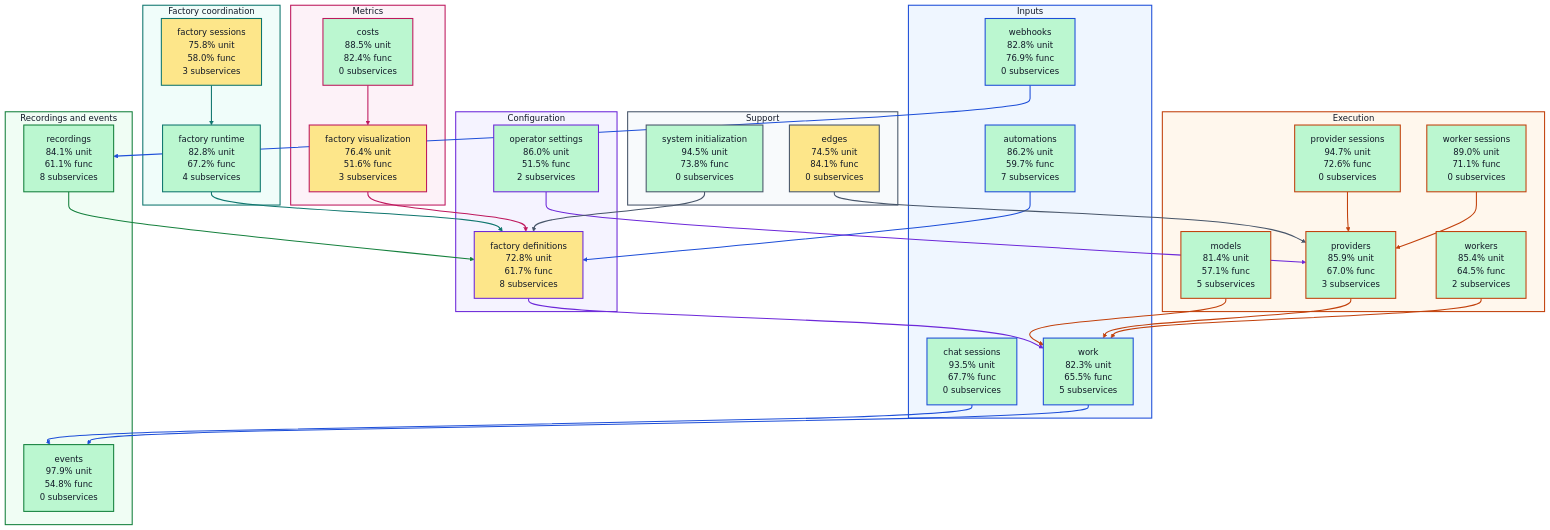
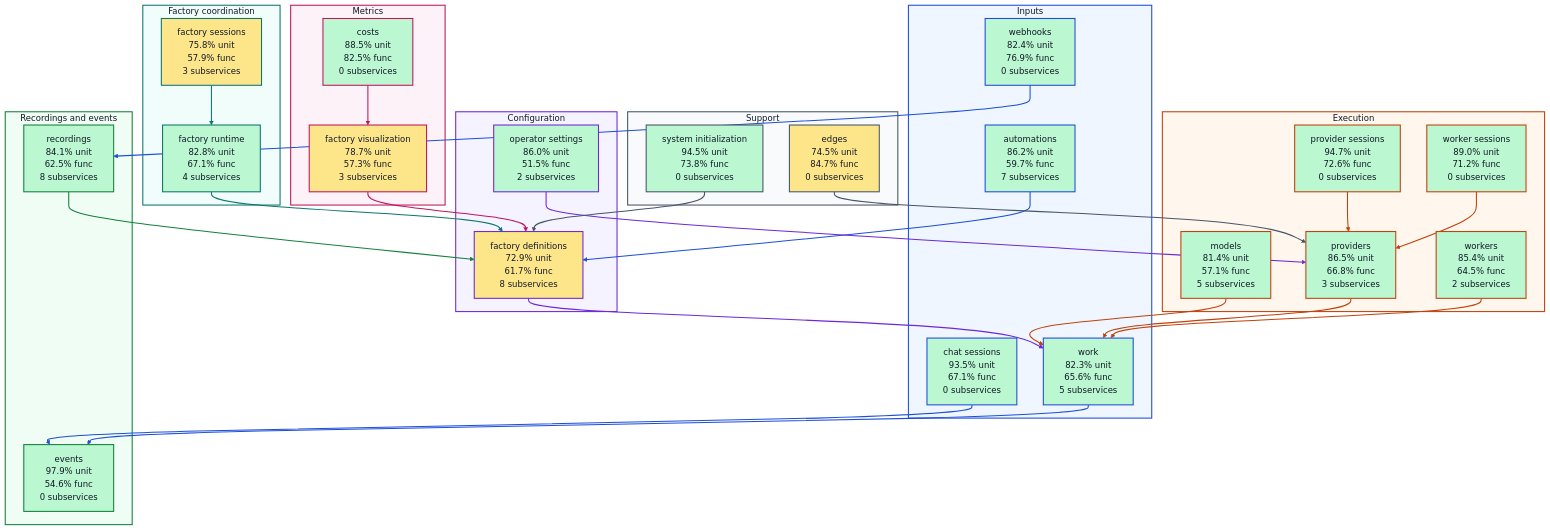
The diagram in docs/architecture/visualizations/high-level-test-coverage.md (portpowered/you-agent-factory), drawn with Mermaid before and after one commit. The commit also changed other lines of this file and 20 other files, not shown here.

Commit message:
docs: refresh backend architecture visualizations

```diff
--- a/docs/architecture/visualizations/high-level-test-coverage.md
+++ b/docs/architecture/visualizations/high-level-test-coverage.md
@@ -12,35 +12,35 @@
 flowchart TB
   subgraph input["Inputs"]
     s_services_automations["automations<br/>86.2% unit<br/>59.7% func<br/>7 subservices"]
-    s_services_chat_sessions["chat sessions<br/>93.5% unit<br/>67.7% func<br/>0 subservices"]
-    s_services_webhooks["webhooks<br/>82.8% unit<br/>76.9% func<br/>0 subservices"]
-    s_services_work["work<br/>82.3% unit<br/>65.5% func<br/>5 subservices"]
+    s_services_chat_sessions["chat sessions<br/>93.5% unit<br/>67.1% func<br/>0 subservices"]
+    s_services_webhooks["webhooks<br/>82.4% unit<br/>76.9% func<br/>0 subservices"]
+    s_services_work["work<br/>82.3% unit<br/>65.6% func<br/>5 subservices"]
   end
   subgraph configuration["Configuration"]
-    s_services_factory_definitions["factory definitions<br/>72.8% unit<br/>61.7% func<br/>8 subservices"]
+    s_services_factory_definitions["factory definitions<br/>72.9% unit<br/>61.7% func<br/>8 subservices"]
     s_services_operator_settings["operator settings<br/>86.0% unit<br/>51.5% func<br/>2 subservices"]
   end
   subgraph coordination["Factory coordination"]
-    s_services_factory_runtime["factory runtime<br/>82.8% unit<br/>67.2% func<br/>4 subservices"]
-    s_services_factory_sessions["factory sessions<br/>75.8% unit<br/>58.0% func<br/>3 subservices"]
+    s_services_factory_runtime["factory runtime<br/>82.8% unit<br/>67.1% func<br/>4 subservices"]
+    s_services_factory_sessions["factory sessions<br/>75.8% unit<br/>57.9% func<br/>3 subservices"]
   end
   subgraph execution["Execution"]
     s_services_models["models<br/>81.4% unit<br/>57.1% func<br/>5 subservices"]
     s_services_provider_sessions["provider sessions<br/>94.7% unit<br/>72.6% func<br/>0 subservices"]
-    s_services_providers["providers<br/>85.9% unit<br/>67.0% func<br/>3 subservices"]
-    s_services_worker_sessions["worker sessions<br/>89.0% unit<br/>71.1% func<br/>0 subservices"]
+    s_services_providers["providers<br/>86.5% unit<br/>66.8% func<br/>3 subservices"]
+    s_services_worker_sessions["worker sessions<br/>89.0% unit<br/>71.2% func<br/>0 subservices"]
     s_services_workers["workers<br/>85.4% unit<br/>64.5% func<br/>2 subservices"]
   end
   subgraph recordings["Recordings and events"]
-    s_services_events["events<br/>97.9% unit<br/>54.8% func<br/>0 subservices"]
-    s_services_recordings["recordings<br/>84.1% unit<br/>61.1% func<br/>8 subservices"]
+    s_services_events["events<br/>97.9% unit<br/>54.6% func<br/>0 subservices"]
+    s_services_recordings["recordings<br/>84.1% unit<br/>62.5% func<br/>8 subservices"]
   end
   subgraph metrics["Metrics"]
-    s_services_costs["costs<br/>88.5% unit<br/>82.4% func<br/>0 subservices"]
-    s_services_factory_visualization["factory visualization<br/>76.4% unit<br/>51.6% func<br/>3 subservices"]
+    s_services_costs["costs<br/>88.5% unit<br/>82.5% func<br/>0 subservices"]
+    s_services_factory_visualization["factory visualization<br/>78.7% unit<br/>57.3% func<br/>3 subservices"]
   end
   subgraph support["Support"]
-    s_services_edges["edges<br/>74.5% unit<br/>84.1% func<br/>0 subservices"]
+    s_services_edges["edges<br/>74.5% unit<br/>84.7% func<br/>0 subservices"]
     s_services_system_initialization["system initialization<br/>94.5% unit<br/>73.8% func<br/>0 subservices"]
   end
   s_services_automations --> s_services_factory_definitions
```
